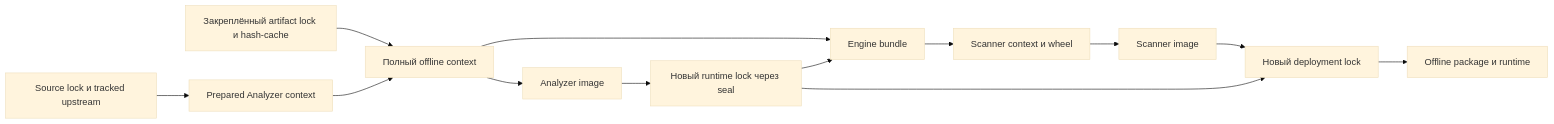
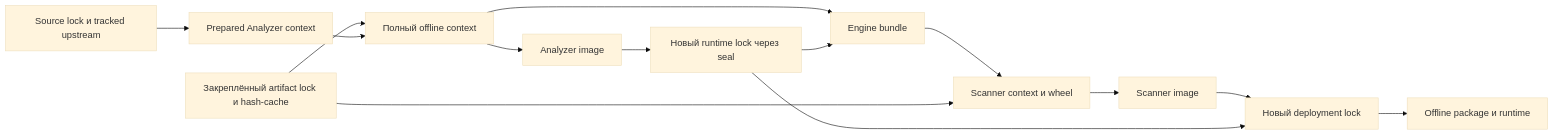
The diagram in docs/reference/artifacts.md (vovkins/ru-llm-scanner), drawn with Mermaid (base theme) before and after one commit. The commit also changed 22 other files, not shown here.

````diff
--- a/docs/reference/artifacts.md
+++ b/docs/reference/artifacts.md
@@ -16,15 +16,16 @@
 ```mermaid
 flowchart LR
   S[Source lock и tracked upstream] --> P[Prepared Analyzer context]
   H[Закреплённый artifact lock и hash-cache] --> F[Полный offline context]
   P --> F
   F --> A[Analyzer image]
   A --> R[Новый runtime lock через seal]
   F --> E[Engine bundle]
   R --> E
   E --> C[Scanner context и wheel]
+  H --> C
   C --> I[Scanner image]
   I --> D[Новый deployment lock]
   R --> D
   D --> O[Offline package и runtime]
 ```
````
